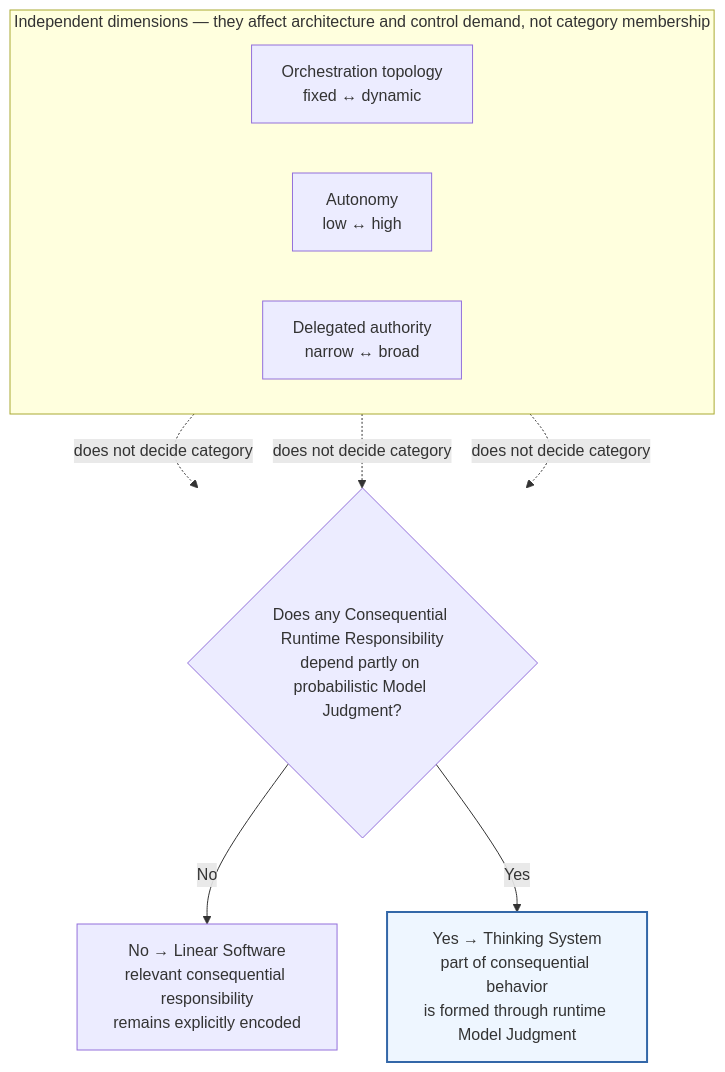
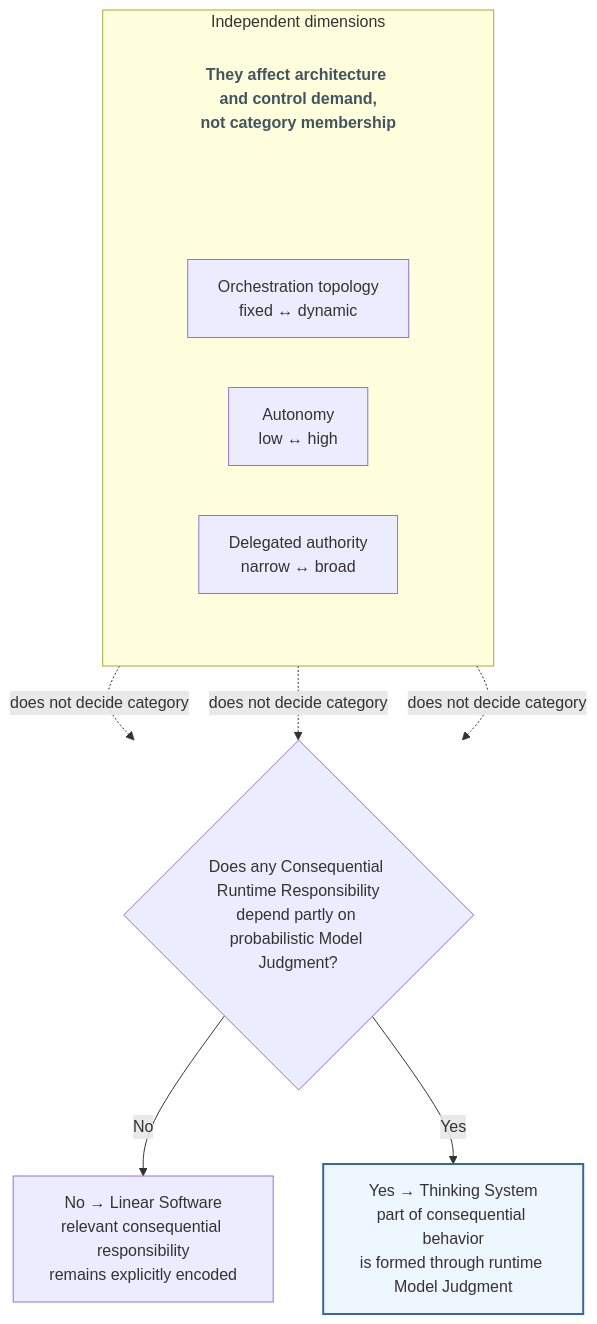
Before and after one commit to UncertaintyArchitectureGroup/uncertainty-architecture: the second of 8 diagrams in content/research/notes/thinking-systems-publication-draft.md, drawn with Mermaid. The commit also changed other lines of this file and 8 other files, not shown here.

````diff
--- a/content/research/notes/thinking-systems-publication-draft.md
+++ b/content/research/notes/thinking-systems-publication-draft.md
@@ -108,22 +108,30 @@
 ```mermaid
 flowchart TB
-    subgraph I["Independent dimensions — they affect architecture and control demand, not category membership"]
-        direction LR
-        O["Orchestration topology<br/>fixed ↔ dynamic"]
-        A["Autonomy<br/>low ↔ high"]
-        D["Delegated authority<br/>narrow ↔ broad"]
+    subgraph I["Independent dimensions"]
+        direction TB
+        IN["They affect architecture and control demand,<br/>not category membership"]
+        subgraph R[" "]
+            direction LR
+            O["Orchestration topology<br/>fixed ↔ dynamic"]
+            A["Autonomy<br/>low ↔ high"]
+            D["Delegated authority<br/>narrow ↔ broad"]
+        end
     end
 
     Q{"Does any Consequential Runtime Responsibility<br/>depend partly on probabilistic Model Judgment?"}
     L["No → Linear Software<br/>relevant consequential responsibility<br/>remains explicitly encoded"]
     T["Yes → Thinking System<br/>part of consequential behavior<br/>is formed through runtime Model Judgment"]
 
+    IN ~~~ A
     O -. does not decide category .-> Q
     A -. does not decide category .-> Q
     D -. does not decide category .-> Q
     Q -->|No| L
     Q -->|Yes| T
 
     classDef thinking fill:#eef6ff,stroke:#3367a8,stroke-width:2px;
+    classDef dimensionNote fill:transparent,stroke:transparent,color:#42545f,font-weight:600;
+    class IN dimensionNote;
+    style R fill:transparent,stroke:transparent
     class T thinking;
 ```
````
